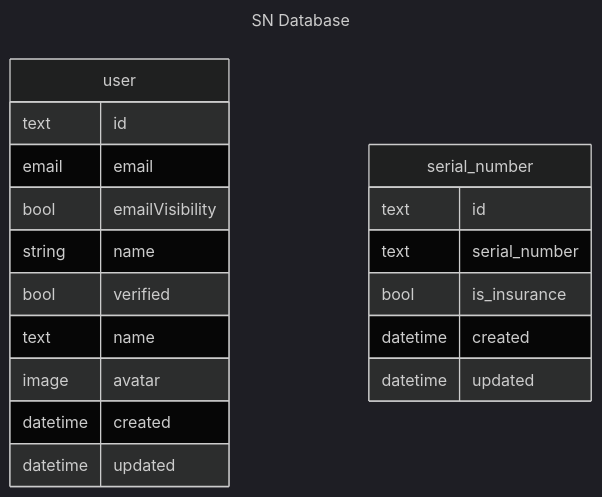
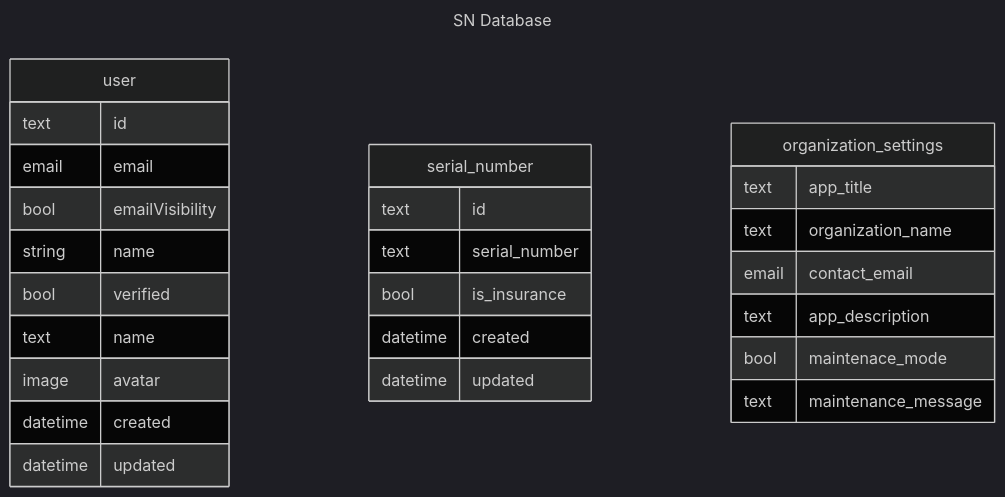
The diagram in docs/schema.md (halllllll/sn_insurance), drawn with Mermaid (dark theme) before and after one commit. The commit also changed 14 other files, not shown here.

````diff
--- a/docs/schema.md
+++ b/docs/schema.md
@@ -1,26 +1,35 @@
 ```mermaid
 ---
 title: SN Database
 ---
 erDiagram
   user{
     text id
     email email
     bool emailVisibility 
     string name
     bool verified
     text name
     image avatar
     datetime created
     datetime updated
   }
   
   serial_number{
     text id
     text serial_number
     bool is_insurance
     datetime created
     datetime updated
   }
 
+  organization_settings{
+    text app_title
+    text organization_name
+    email contact_email
+    text app_description
+    bool maintenace_mode
+    text maintenance_message
+  }
+
 ```
````
